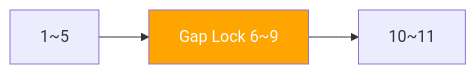
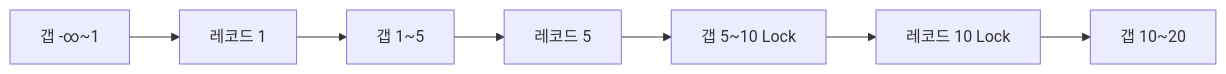
One commit to yjkim2015/yjkim2015.github.io changed the third of 4 diagrams in _posts/db/2026-05-01-db-locks.md. Above: the diagram before and after it, drawn with Mermaid. The commit also changed other lines of this file and 4 other files, not shown here.

````diff
--- a/_posts/db/2026-05-01-db-locks.md
+++ b/_posts/db/2026-05-01-db-locks.md
@@ -67,5 +171,9 @@
 ```mermaid
 graph LR
-    R1["1~5"] --> GAP["Gap Lock 6~9"] --> R10["10~11"]
-    style GAP fill:#ffa500,color:#fff
+    G1["갭 -∞~1"] --> R1["레코드 1"]
+    R1 --> G2["갭 1~5"]
+    G2 --> R5["레코드 5"]
+    R5 --> G3["갭 5~10 Lock"]
+    G3 --> R10["레코드 10 Lock"]
+    R10 --> G4["갭 10~20"]
 ```
````
